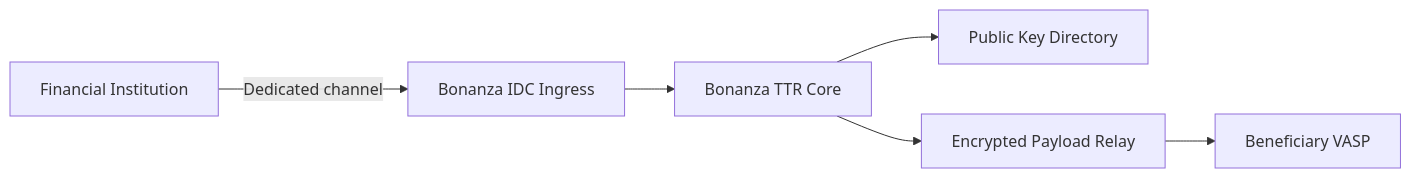
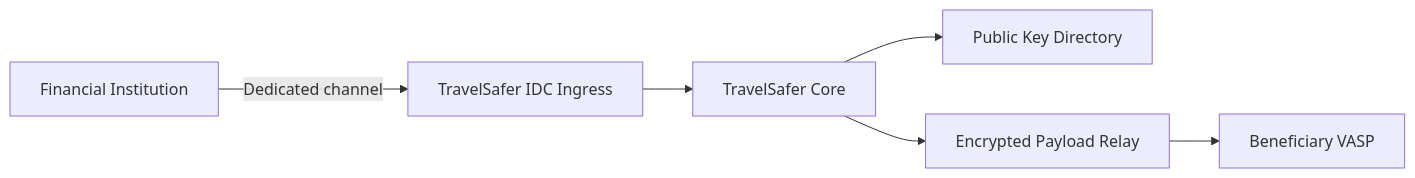
Before and after one commit to alvintracer/transight-tr: the diagram in docs/en/guide/fi-channel.md, drawn with Mermaid. The commit also changed other lines of this file and 64 other files, not shown here.

Commit message:
Rename public brand to TravelSafer

````diff
--- a/docs/en/guide/fi-channel.md
+++ b/docs/en/guide/fi-channel.md
@@ -27,8 +27,8 @@
 ```mermaid
 flowchart LR
-  FI[Financial Institution] -->|Dedicated channel| IDC[Bonanza IDC Ingress]
-  IDC --> Core[Bonanza TTR Core]
+  FI[Financial Institution] -->|Dedicated channel| IDC[TravelSafer IDC Ingress]
+  IDC --> Core[TravelSafer Core]
   Core --> Keys[Public Key Directory]
   Core --> Relay[Encrypted Payload Relay]
   Relay --> BFI[Beneficiary VASP]
 ```
````
